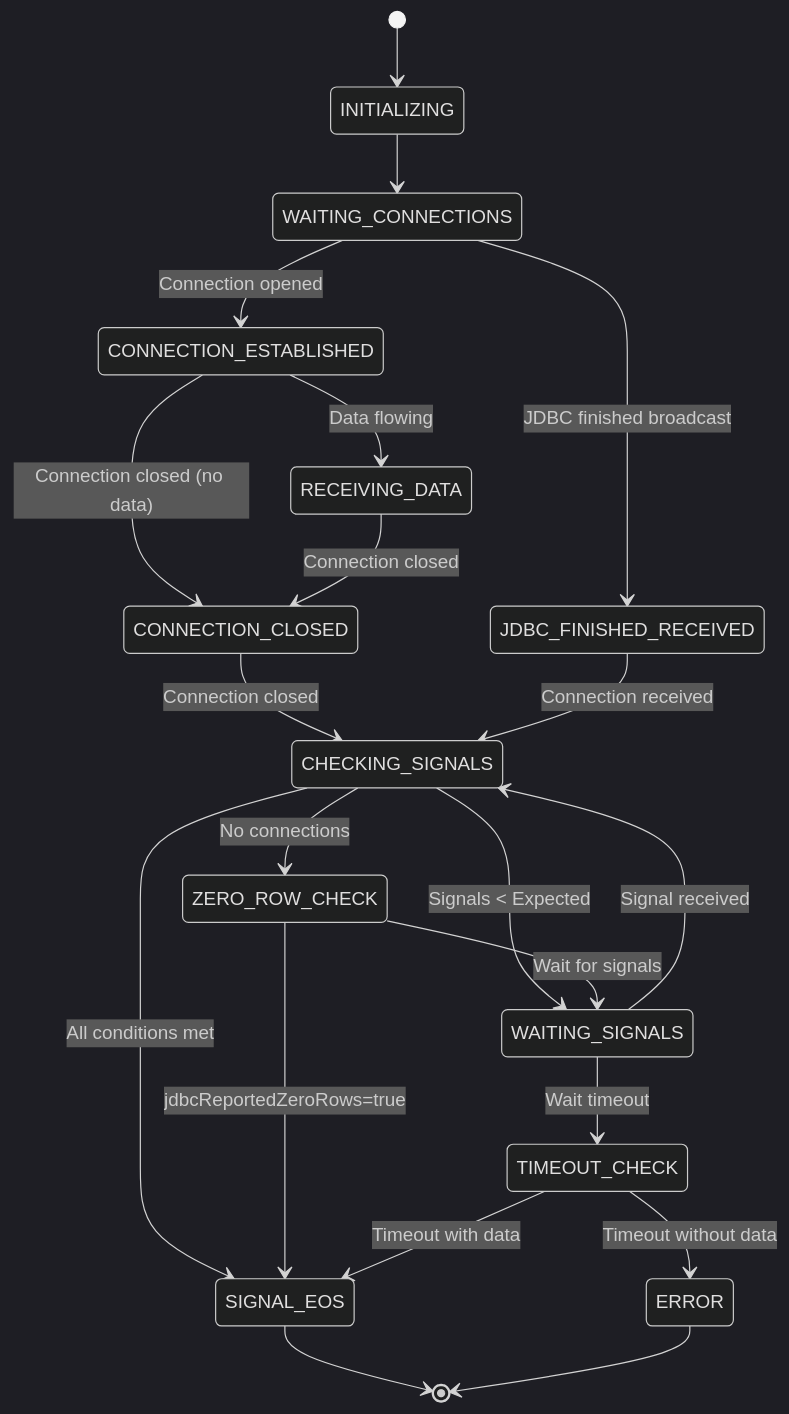
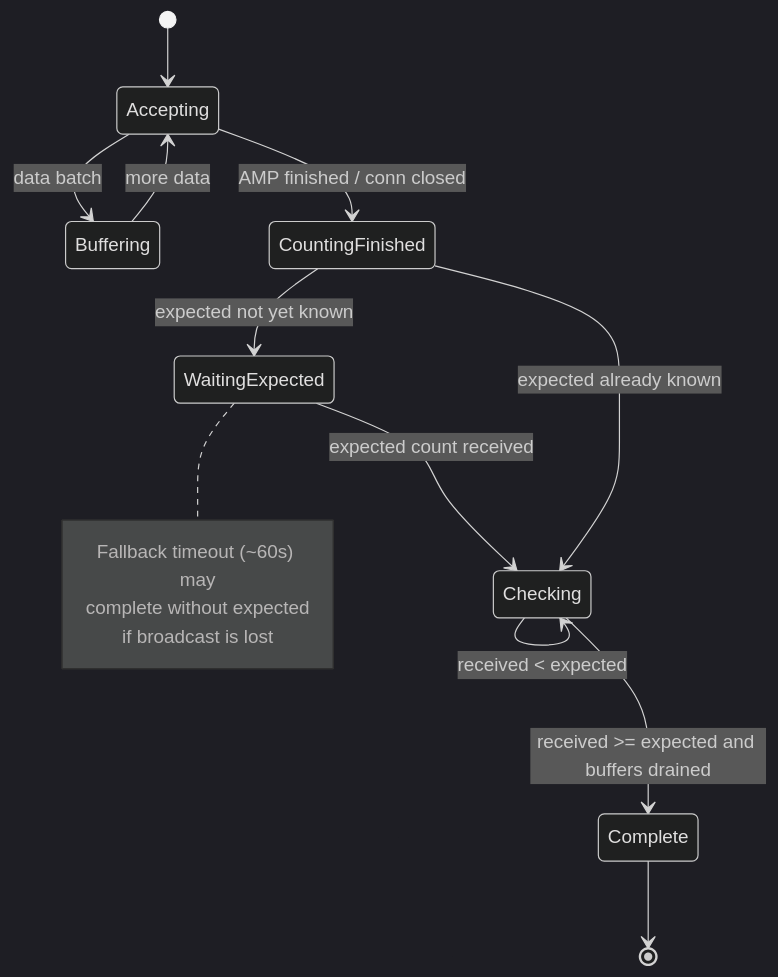
Before and after one commit to vijayshc/trino-teradata: the second of 2 diagrams in docs/eos-architecture-diagram.md, drawn with Mermaid (dark theme). The commit also changed other lines of this file and 11 other files, not shown here.

First line of the commit message:
Rewrite docs for current architecture and OSS readiness

````diff
--- a/docs/eos-architecture-diagram.md
+++ b/docs/eos-architecture-diagram.md
@@ -127,33 +46,19 @@
 ```mermaid
 stateDiagram-v2
-    [*] --> INITIALIZING
-    INITIALIZING --> WAITING_CONNECTIONS
-    
-    WAITING_CONNECTIONS --> CONNECTION_ESTABLISHED : Connection opened
-    WAITING_CONNECTIONS --> JDBC_FINISHED_RECEIVED : JDBC finished broadcast
-    
-    CONNECTION_ESTABLISHED --> RECEIVING_DATA : Data flowing
-    CONNECTION_ESTABLISHED --> CONNECTION_CLOSED : Connection closed (no data)
-    
-    RECEIVING_DATA --> CONNECTION_CLOSED : Connection closed
-    
-    CONNECTION_CLOSED --> CHECKING_SIGNALS : Connection closed
-    
-    JDBC_FINISHED_RECEIVED --> CHECKING_SIGNALS : Connection received
-    
-    CHECKING_SIGNALS --> WAITING_SIGNALS : Signals < Expected
-    CHECKING_SIGNALS --> ZERO_ROW_CHECK : No connections
-    CHECKING_SIGNALS --> SIGNAL_EOS : All conditions met
-    
-    WAITING_SIGNALS --> CHECKING_SIGNALS : Signal received
-    WAITING_SIGNALS --> TIMEOUT_CHECK : Wait timeout
-    
-    ZERO_ROW_CHECK --> SIGNAL_EOS : jdbcReportedZeroRows=true
-    ZERO_ROW_CHECK --> WAITING_SIGNALS : Wait for signals
-    
-    TIMEOUT_CHECK --> SIGNAL_EOS : Timeout with data
-    TIMEOUT_CHECK --> ERROR : Timeout without data
-    
-    SIGNAL_EOS --> [*]
-    ERROR --> [*]
+    [*] --> Accepting
+    Accepting --> Buffering: data batch
+    Buffering --> Accepting: more data
+    Accepting --> CountingFinished: AMP finished / conn closed
+    CountingFinished --> WaitingExpected: expected not yet known
+    WaitingExpected --> Checking: expected count received
+    CountingFinished --> Checking: expected already known
+    Checking --> Checking: received < expected
+    Checking --> Complete: received >= expected and buffers drained
+    Complete --> [*]
+
+    note right of WaitingExpected
+      Fallback timeout (~60s) may
+      complete without expected
+      if broadcast is lost
+    end note
 ```
````
